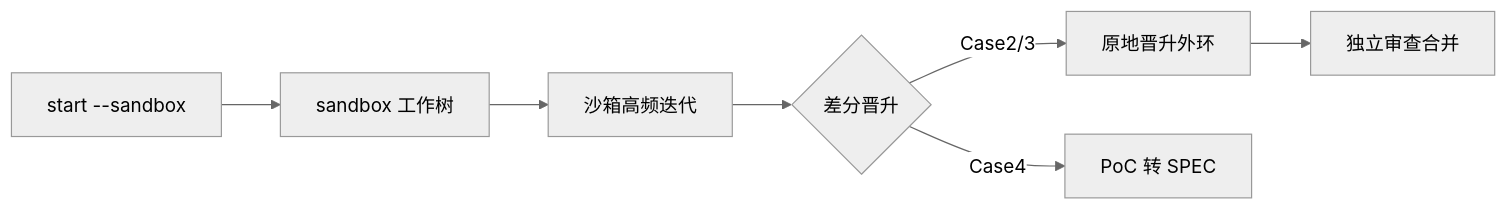
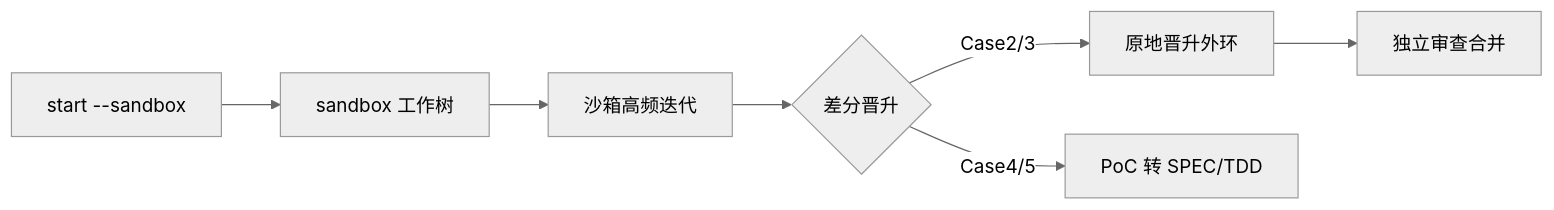
The diagram in docs/specs/261127-sandbox-dual-loop-flow-spec.md (FiretrUCK666/project-forge), drawn with Mermaid (neutral theme) before and after one commit. The commit also changed other lines of this file and 6 other files, not shown here.

````diff
--- a/docs/specs/261127-sandbox-dual-loop-flow-spec.md
+++ b/docs/specs/261127-sandbox-dual-loop-flow-spec.md
@@ -61,9 +69,9 @@
 ```mermaid
 flowchart LR
   Start["start --sandbox"] --> SbWt["sandbox 工作树"]
   SbWt --> Iter["沙箱高频迭代"]
   Iter --> Promo{"差分晋升"}
   Promo -->|Case2/3| Outer["原地晋升外环"]
-  Promo -->|Case4| Poc["PoC 转 SPEC"]
+  Promo -->|Case4/5| Poc["PoC 转 SPEC/TDD"]
   Outer --> Rev["独立审查合并"]
 ```
````
